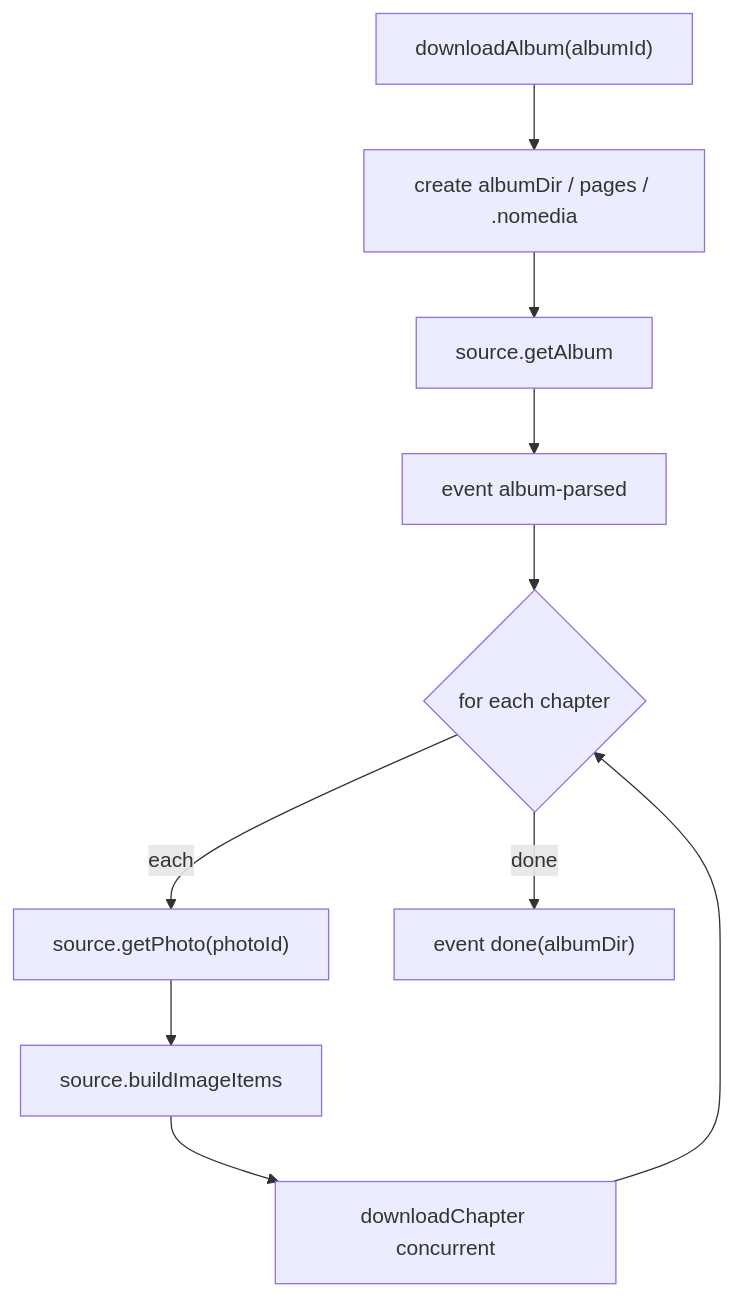
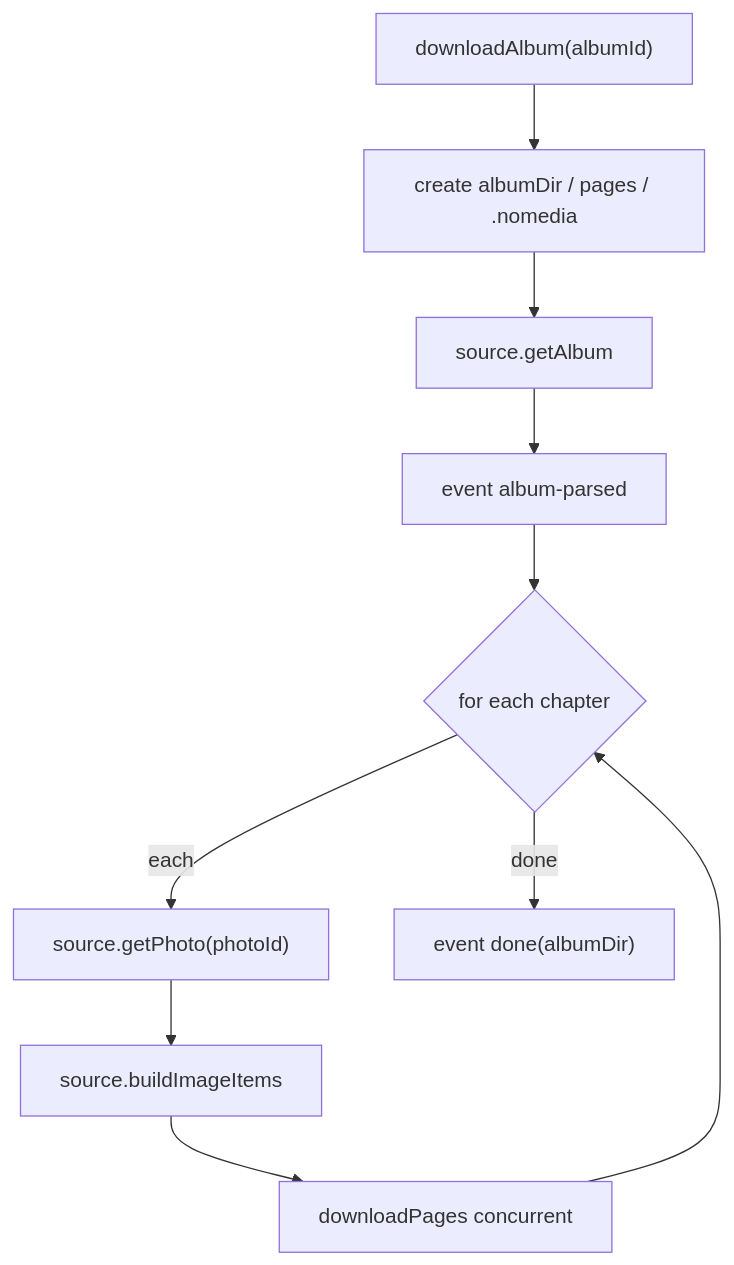
The first of 2 diagrams in docs/en/architecture/download.md (aDarkMaker/JMFM), drawn with Mermaid before and after one commit. The commit also changed other lines of this file and 9 other files, not shown here.

Commit message:
docs: sync architecture, setup, and changelog for repair and updates

````diff
--- a/docs/en/architecture/download.md
+++ b/docs/en/architecture/download.md
@@ -9,12 +9,12 @@
 ```mermaid
 flowchart TD
     start["downloadAlbum(albumId)"] --> mk["create albumDir / pages / .nomedia"]
     mk --> album["source.getAlbum"]
     album --> ev1["event album-parsed"]
     ev1 --> loop{"for each chapter"}
     loop -->|each| ph["source.getPhoto(photoId)"]
     ph --> items["source.buildImageItems"]
-    items --> chap["downloadChapter concurrent"]
+    items --> chap["downloadPages concurrent"]
     chap --> loop
     loop -->|done| done["event done(albumDir)"]
 ```
````
